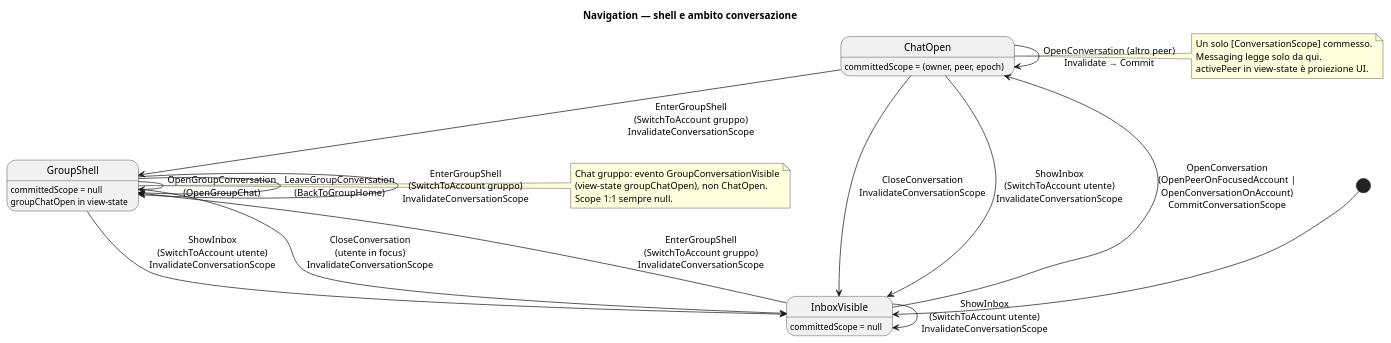
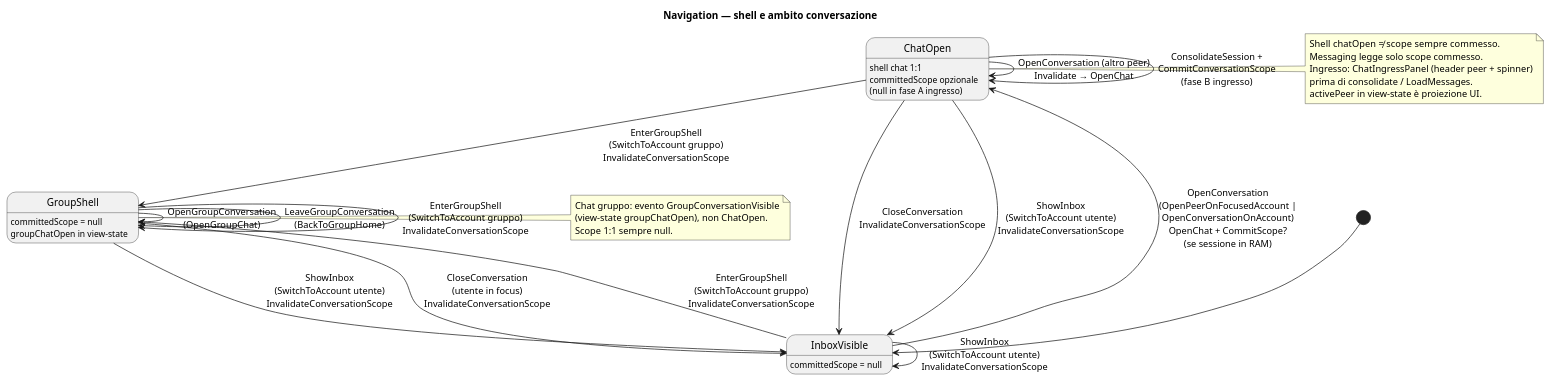
Before and after one commit to alfred-im/alfred-im: the diagram in docs/model/uml/navigation/navigation-shell-state.puml, drawn with PlantUML. The commit also changed 12 other files, not shown here.

First line of the commit message:
docs: allineamento post-merge #234 (SCOPE implemented, modello ingresso)

```diff
--- a/docs/model/uml/navigation/navigation-shell-state.puml
+++ b/docs/model/uml/navigation/navigation-shell-state.puml
@@ -1,42 +1,45 @@
 @startuml navigation-shell-state
 ' Context: navigation
 ' Profile: client
-' Revision: 2026-07-27
+' Revision: 2026-08-01
 ' Statechart: NavigationShellState + ConversationScope
 
 title Navigation — shell e ambito conversazione
 
 state InboxVisible : committedScope = null
-state ChatOpen : committedScope = (owner, peer, epoch)
+state ChatOpen : shell chat 1:1\ncommittedScope opzionale\n(null in fase A ingresso)
 state GroupShell : committedScope = null\ngroupChatOpen in view-state
 
 [*] --> InboxVisible
 
-InboxVisible --> ChatOpen : OpenConversation\n(OpenPeerOnFocusedAccount |\nOpenConversationOnAccount)\nCommitConversationScope
+InboxVisible --> ChatOpen : OpenConversation\n(OpenPeerOnFocusedAccount |\nOpenConversationOnAccount)\nOpenChat + CommitScope?\n(se sessione in RAM)
 InboxVisible --> GroupShell : EnterGroupShell\n(SwitchToAccount gruppo)\nInvalidateConversationScope
 InboxVisible --> InboxVisible : ShowInbox\n(SwitchToAccount utente)\nInvalidateConversationScope
 
 ChatOpen --> InboxVisible : CloseConversation\nInvalidateConversationScope
-ChatOpen --> ChatOpen : OpenConversation (altro peer)\nInvalidate → Commit
+ChatOpen --> ChatOpen : OpenConversation (altro peer)\nInvalidate → OpenChat
+ChatOpen --> ChatOpen : ConsolidateSession +\nCommitConversationScope\n(fase B ingresso)
 ChatOpen --> InboxVisible : ShowInbox\n(SwitchToAccount utente)\nInvalidateConversationScope
 ChatOpen --> GroupShell : EnterGroupShell\n(SwitchToAccount gruppo)\nInvalidateConversationScope
 
 GroupShell --> GroupShell : OpenGroupConversation\n(OpenGroupChat)
 GroupShell --> GroupShell : LeaveGroupConversation\n(BackToGroupHome)
 GroupShell --> GroupShell : EnterGroupShell\n(SwitchToAccount gruppo)\nInvalidateConversationScope
 GroupShell --> InboxVisible : ShowInbox\n(SwitchToAccount utente)\nInvalidateConversationScope
 GroupShell --> InboxVisible : CloseConversation\n(utente in focus)\nInvalidateConversationScope
 
 note right of ChatOpen
-  Un solo [ConversationScope] commesso.
-  Messaging legge solo da qui.
+  Shell chatOpen ≠ scope sempre commesso.
+  Messaging legge solo scope commesso.
+  Ingresso: ChatIngressPanel (header peer + spinner)
+  prima di consolidate / LoadMessages.
   activePeer in view-state è proiezione UI.
 end note
 
 note right of GroupShell
   Chat gruppo: evento GroupConversationVisible
   (view-state groupChatOpen), non ChatOpen.
   Scope 1:1 sempre null.
 end note
 
 @enduml
```
